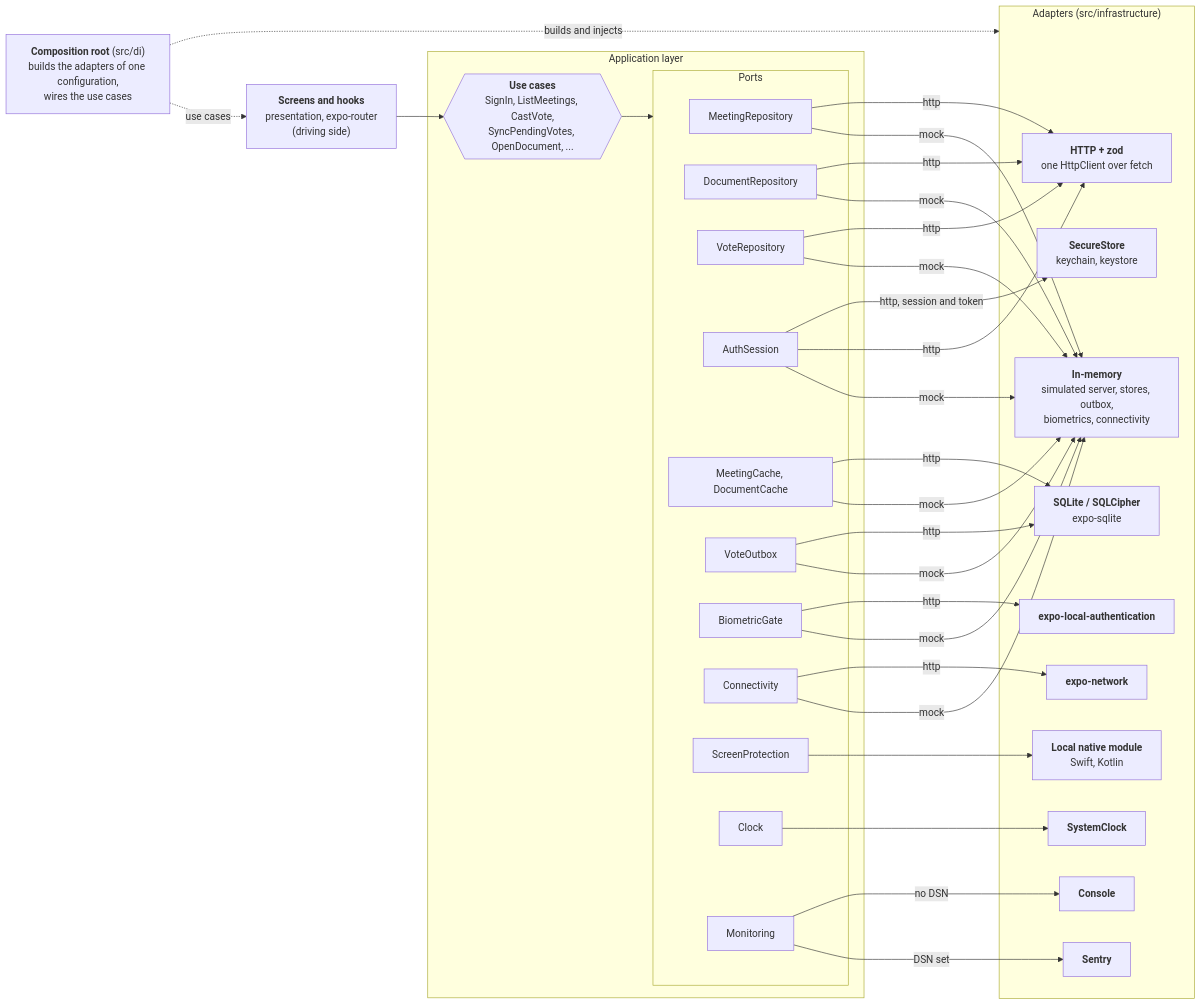
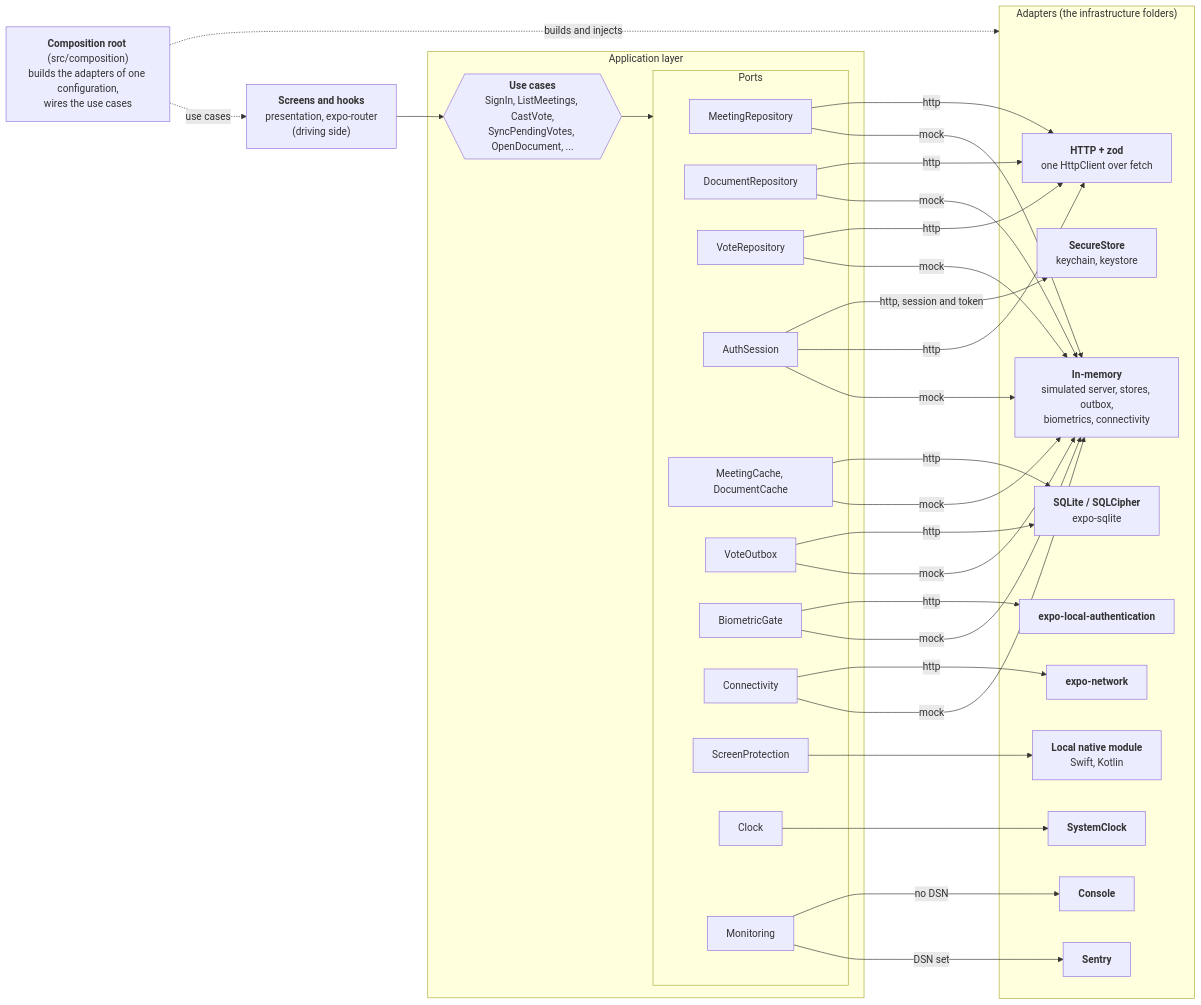
The diagram in README.md (Rileyjrjohns/boardroom), drawn with Mermaid before and after one commit. The commit also changed other lines of this file and 1016 other files, not shown here.

````diff
--- a/README.md
+++ b/README.md
@@ -19,51 +19,51 @@
 ```mermaid
 flowchart LR
     screens["<b>Screens and hooks</b><br/>presentation, expo-router<br/>(driving side)"]
-    root["<b>Composition root</b> (src/di)<br/>builds the adapters of one configuration,<br/>wires the use cases"]
+    root["<b>Composition root</b> (src/composition)<br/>builds the adapters of one configuration,<br/>wires the use cases"]
 
     subgraph core["Application layer"]
         usecases{{"<b>Use cases</b><br/>SignIn, ListMeetings, CastVote,<br/>SyncPendingVotes, OpenDocument, ..."}}
         subgraph ports["Ports"]
             MR["MeetingRepository"]
             DR["DocumentRepository"]
             VR["VoteRepository"]
             AS["AuthSession"]
             CA["MeetingCache, DocumentCache"]
             VO["VoteOutbox"]
             BG["BiometricGate"]
             CO["Connectivity"]
             SP["ScreenProtection"]
             CK["Clock"]
             MO["Monitoring"]
         end
     end
 
-    subgraph adapters["Adapters (src/infrastructure)"]
+    subgraph adapters["Adapters (the infrastructure folders)"]
         MEM["<b>In-memory</b><br/>simulated server, stores, outbox,<br/>biometrics, connectivity"]
         HTTP["<b>HTTP + zod</b><br/>one HttpClient over fetch"]
         SQL["<b>SQLite / SQLCipher</b><br/>expo-sqlite"]
         SEC["<b>SecureStore</b><br/>keychain, keystore"]
         BIO["<b>expo-local-authentication</b>"]
         NET["<b>expo-network</b>"]
         NAT["<b>Local native module</b><br/>Swift, Kotlin"]
         SYS["<b>SystemClock</b>"]
         SEN["<b>Sentry</b>"]
         CON["<b>Console</b>"]
     end
 
     screens --> usecases
     usecases --> ports
     root -. "use cases" .-> screens
     root -. "builds and injects" .-> adapters
 
     MR & DR & VR & AS & CA & VO & BG & CO -->|mock| MEM
     MR & DR & VR & AS -->|http| HTTP
     AS -->|http, session and token| SEC
     CA & VO -->|http| SQL
     BG -->|http| BIO
     CO -->|http| NET
     SP --> NAT
     CK --> SYS
     MO -->|DSN set| SEN
     MO -->|no DSN| CON
 ```
````
